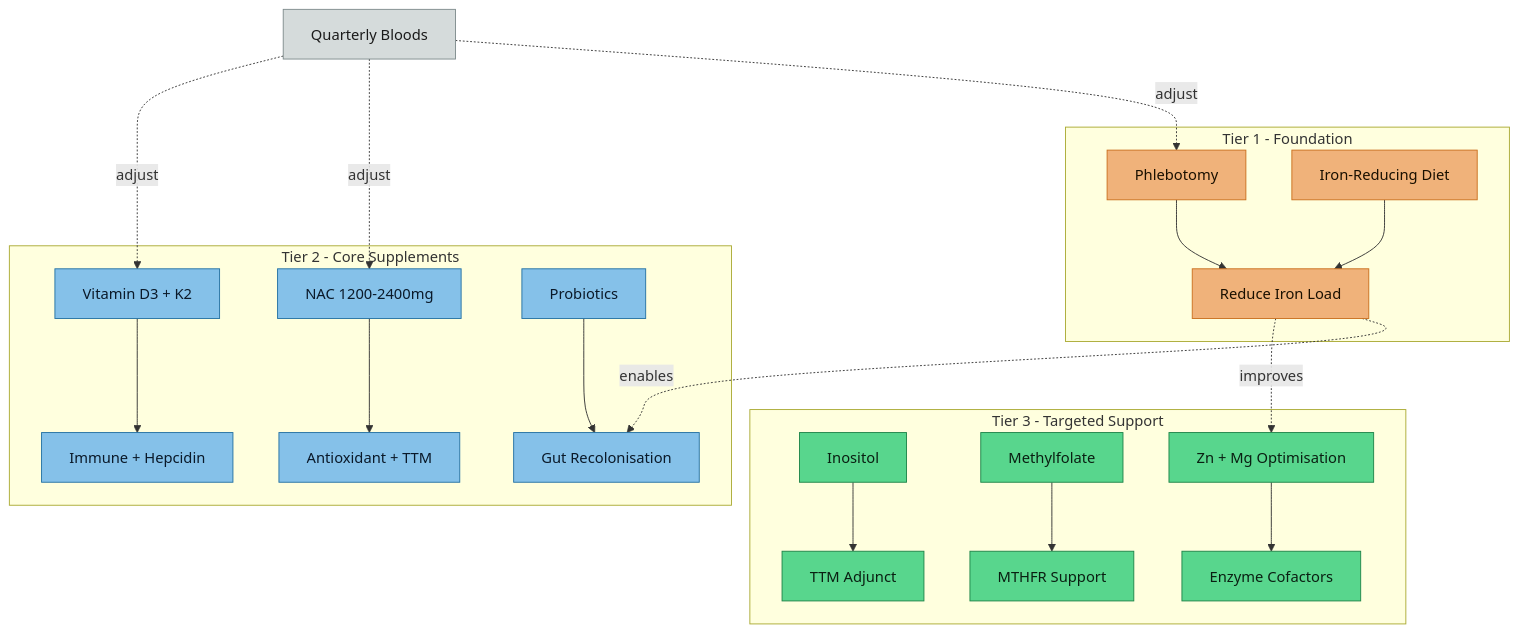
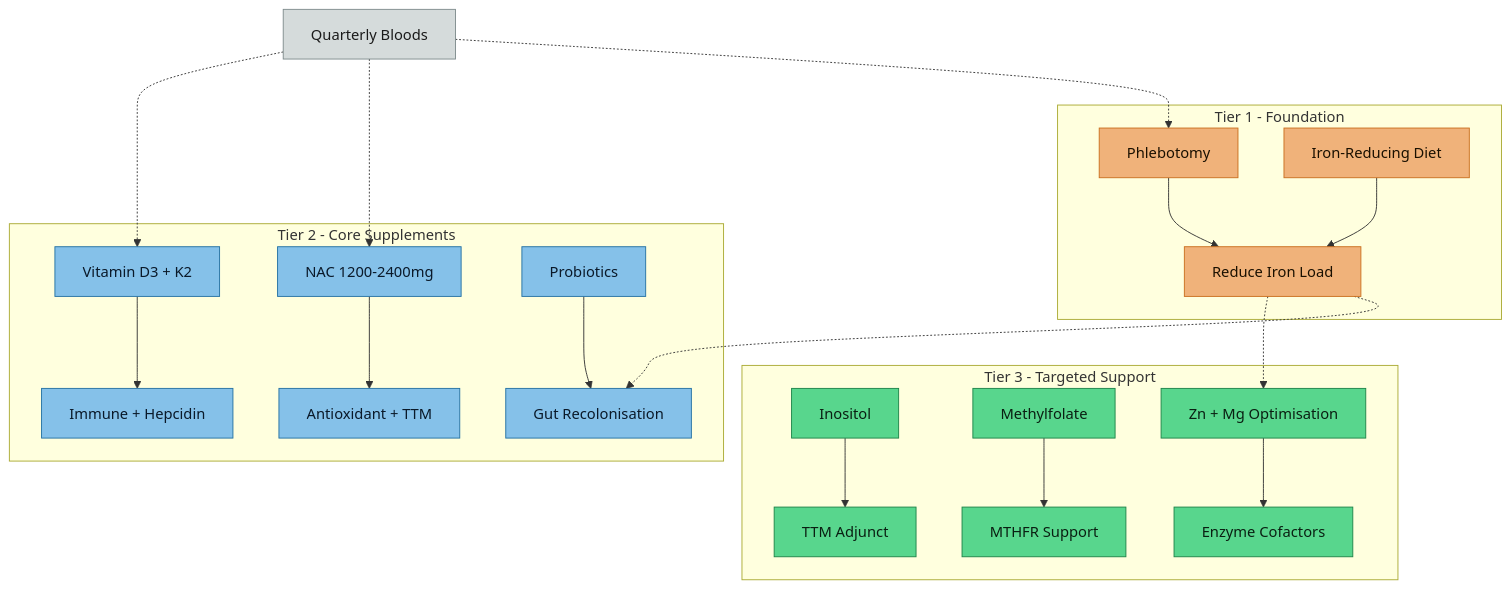
The diagram in src/site/notes/diet-management/Diet and Supplement Strategy.md (Aegis-commits/ag-hfe-adhd-asd-research), drawn with Mermaid before and after one commit. The commit also changed other lines of this file and 14 other files, not shown here.

````diff
--- a/src/site/notes/diet-management/Diet and Supplement Strategy.md
+++ b/src/site/notes/diet-management/Diet and Supplement Strategy.md
@@ -13,36 +13,36 @@
 ```mermaid
 flowchart TD
     subgraph T1["Tier 1 - Foundation"]
         P[Phlebotomy] --> R1[Reduce Iron Load]
         DI[Iron-Reducing Diet] --> R1
     end
 
     subgraph T2["Tier 2 - Core Supplements"]
         NAC[NAC 1200-2400mg] --> R2[Antioxidant + TTM]
         VD[Vitamin D3 + K2] --> R3[Immune + Hepcidin]
         PRO[Probiotics] --> R4[Gut Recolonisation]
     end
 
     subgraph T3["Tier 3 - Targeted Support"]
         INO[Inositol] --> R5[TTM Adjunct]
         MF[Methylfolate] --> R6[MTHFR Support]
         MIN[Zn + Mg Optimisation] --> R7[Enzyme Cofactors]
     end
 
-    R1 -.->|enables| R4
-    R1 -.->|improves| MIN
+    R1 -.-> R4
+    R1 -.-> MIN
 
-    MON[Quarterly Bloods] -.->|adjust| P
-    MON -.->|adjust| NAC
-    MON -.->|adjust| VD
+    MON[Quarterly Bloods] -.-> P
+    MON -.-> NAC
+    MON -.-> VD
 
     classDef tier1 fill:#f0b27a,stroke:#ca6f1e,color:#1a1000
     classDef tier2 fill:#85c1e9,stroke:#2471a3,color:#0a1929
     classDef tier3 fill:#58d68d,stroke:#1e8449,color:#0a1f12
     classDef monitor fill:#d5dbdb,stroke:#7f8c8d,color:#1a1a1a
 
     class P,DI,R1 tier1
     class NAC,VD,PRO,R2,R3,R4 tier2
     class INO,MF,MIN,R5,R6,R7 tier3
     class MON monitor
 ```
````
